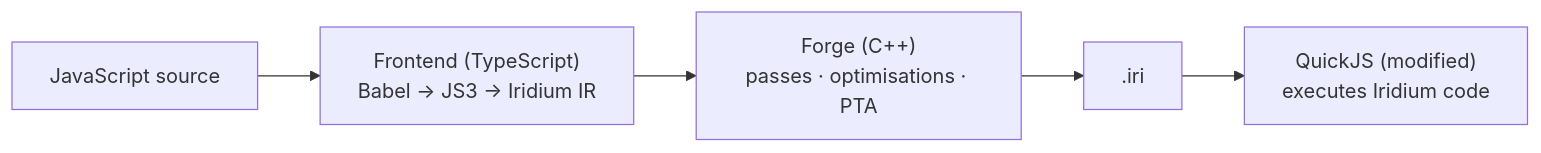
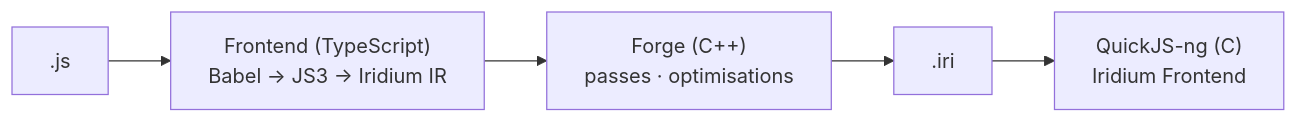
One commit to CompL-Research/Iridium changed the diagram in website/index.md. Above: the diagram before and after it, drawn with Mermaid. The commit also changed other lines of this file and 3 other files, not shown here.

````diff
--- a/website/index.md
+++ b/website/index.md
@@ -10,7 +30,7 @@
 ```mermaid
 flowchart LR
-    JS[JavaScript source] --> FE["Frontend (TypeScript)<br/>Babel → JS3 → Iridium IR"]
-    FE --> FORGE["Forge (C++)<br/>passes · optimisations · PTA"]
+    JS[.js] --> FE["Frontend (TypeScript)<br/>Babel → JS3 → Iridium IR"]
+    FE --> FORGE["Forge (C++)<br/>passes · optimisations"]
     FORGE --> IRI[".iri"]
-    IRI --> QJS["QuickJS (modified)<br/>executes Iridium code"]
+    IRI --> QJS["QuickJS-ng (C)<br/> Iridium Frontend"]
 ```
````
